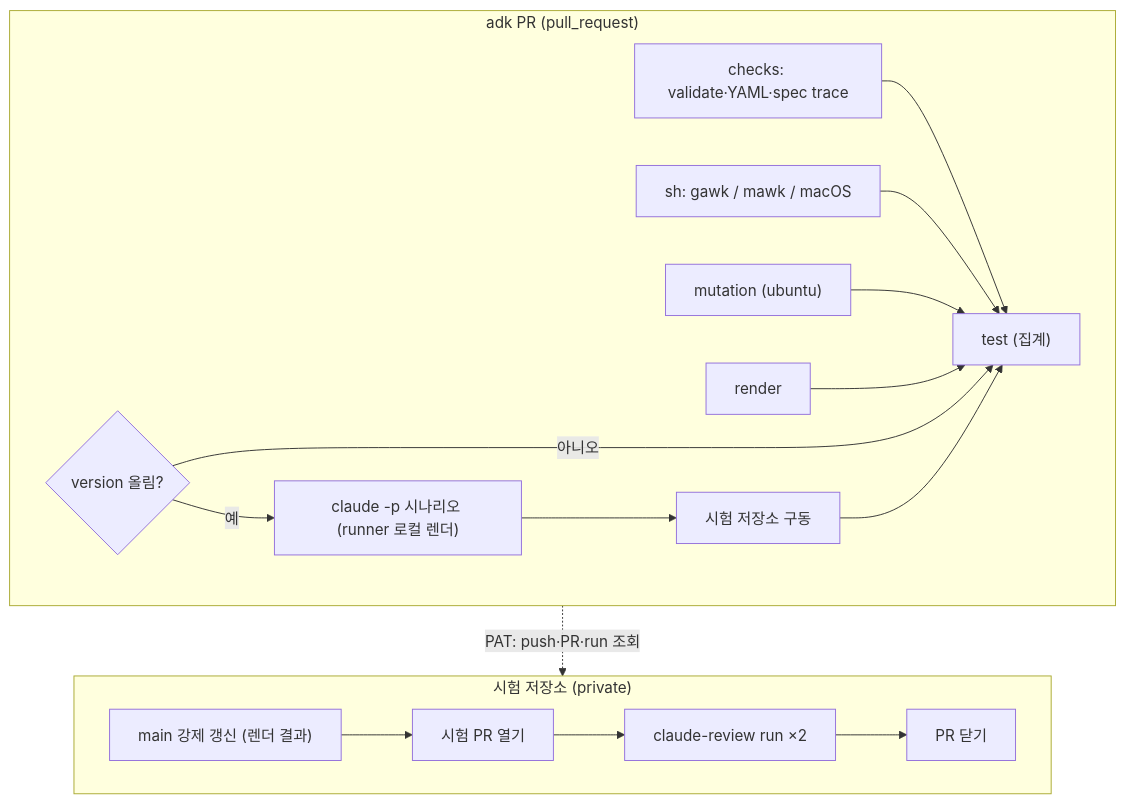
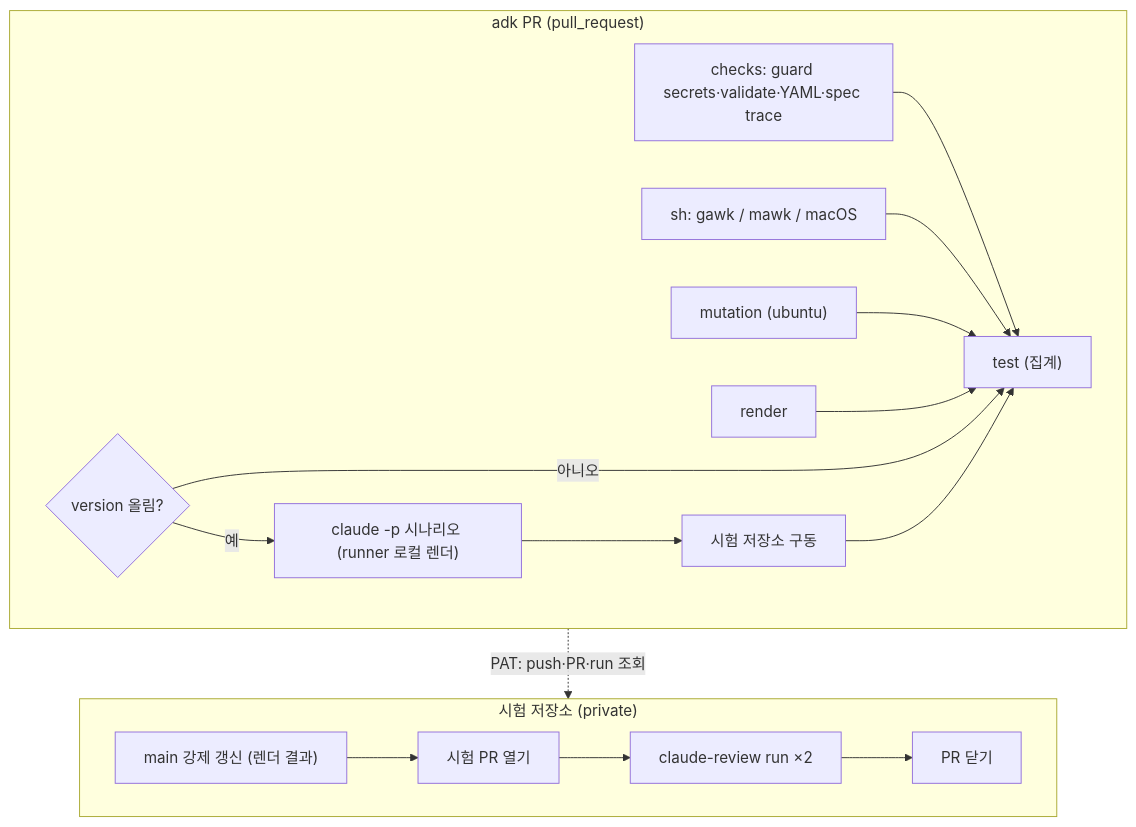
The diagram in docs/spec_release-gate.md (hwanyu365/agentic-dev-kit), drawn with Mermaid before and after one commit. The commit also changed other lines of this file and 2 other files, not shown here.

````diff
--- a/docs/spec_release-gate.md
+++ b/docs/spec_release-gate.md
@@ -71,17 +73,17 @@
 ```mermaid
 flowchart TB
   subgraph PR["adk PR (pull_request)"]
     direction LR
-    K["checks: validate·YAML·spec trace"] --> G["test (집계)"]
+    K["checks: guard secrets·validate·YAML·spec trace"] --> G["test (집계)"]
     M["sh: gawk / mawk / macOS"] --> G
     X["mutation (ubuntu)"] --> G
     R["render"] --> G
     V{"version 올림?"} -- 아니오 --> G
     V -- 예 --> C["claude -p 시나리오 (runner 로컬 렌더)"] --> D["시험 저장소 구동"] --> G
   end
   subgraph TB["시험 저장소 (private)"]
     direction LR
     T1["main 강제 갱신 (렌더 결과)"] --> T2["시험 PR 열기"] --> T3["claude-review run ×2"] --> T4["PR 닫기"]
   end
   D -. PAT: push·PR·run 조회 .-> T1
 ```
````
